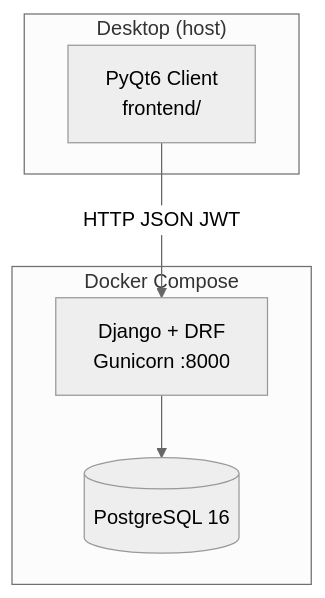
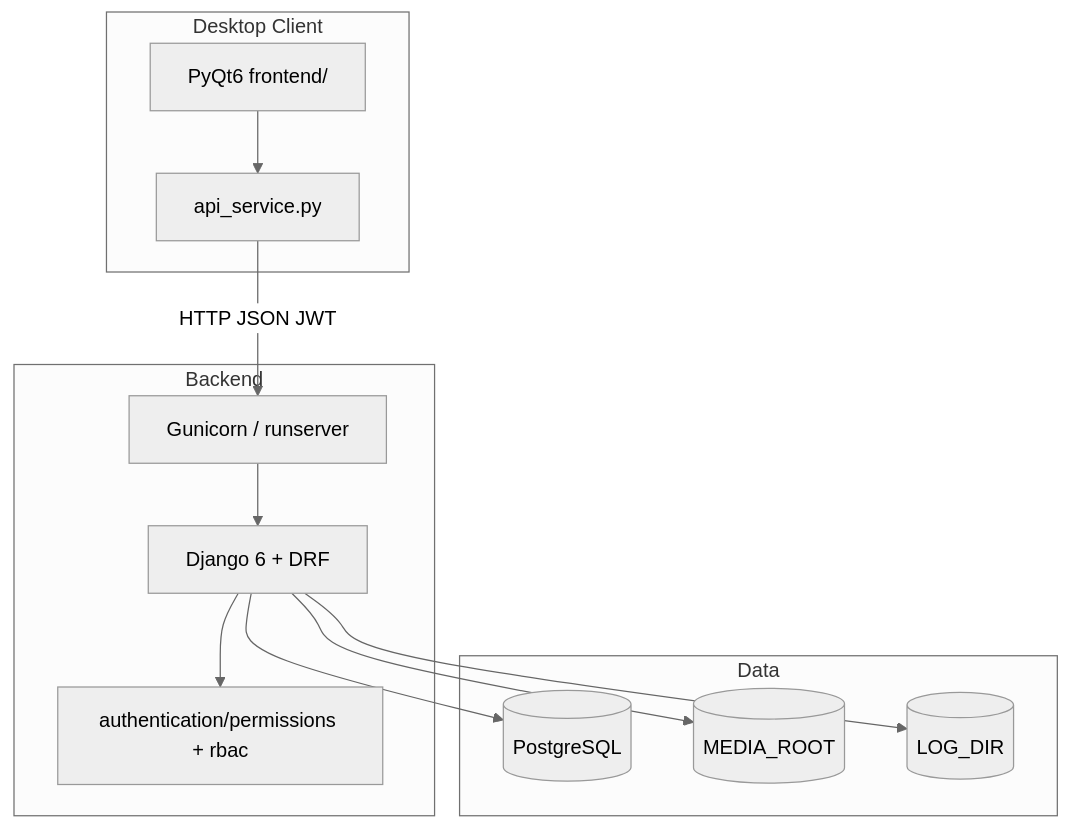
The first of 8 diagrams in README.md (premkumarrs/hrms-system), drawn with Mermaid (neutral theme) before and after one commit. The commit also changed other lines of this file, not shown here.

````diff
--- a/README.md
+++ b/README.md
@@ -59,12 +107,24 @@
 ```mermaid
 flowchart TB
-    subgraph Client["Desktop (host)"]
-        PyQt[PyQt6 Client\nfrontend/]
+    subgraph client [Desktop Client]
+        PyQt[PyQt6 frontend/]
+        API_SVC[api_service.py]
     end
-    subgraph Docker["Docker Compose"]
-        API[Django + DRF\nGunicorn :8000]
-        DB[(PostgreSQL 16)]
+    subgraph server [Backend]
+        Gunicorn[Gunicorn / runserver]
+        Django[Django 6 + DRF]
+        RBAC[authentication/permissions + rbac]
     end
-    PyQt -->|HTTP JSON JWT| API
-    API --> DB
+    subgraph data [Data]
+        PG[(PostgreSQL)]
+        Media[(MEDIA_ROOT)]
+        Logs[(LOG_DIR)]
+    end
+    PyQt --> API_SVC
+    API_SVC -->|HTTP JSON JWT| Gunicorn
+    Gunicorn --> Django
+    Django --> RBAC
+    Django --> PG
+    Django --> Media
+    Django --> Logs
 ```
````
